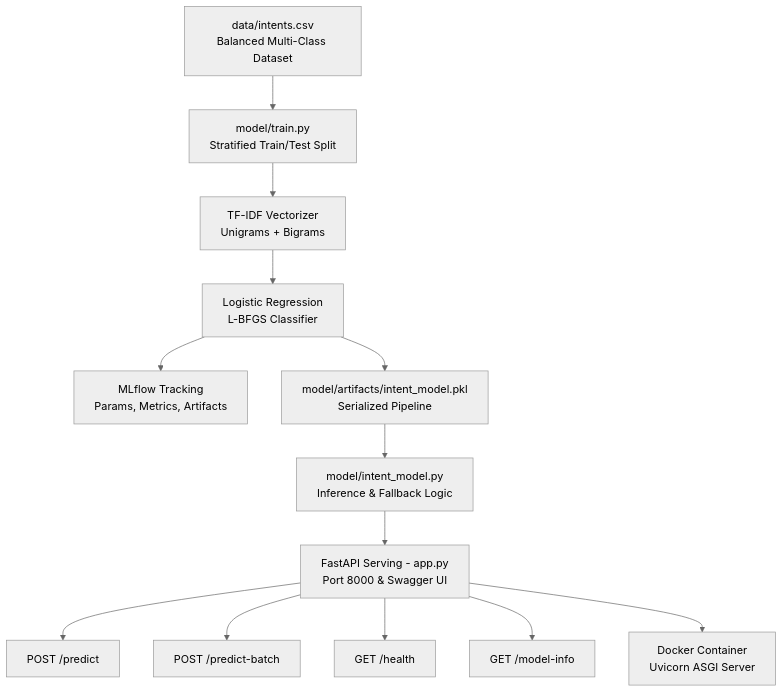
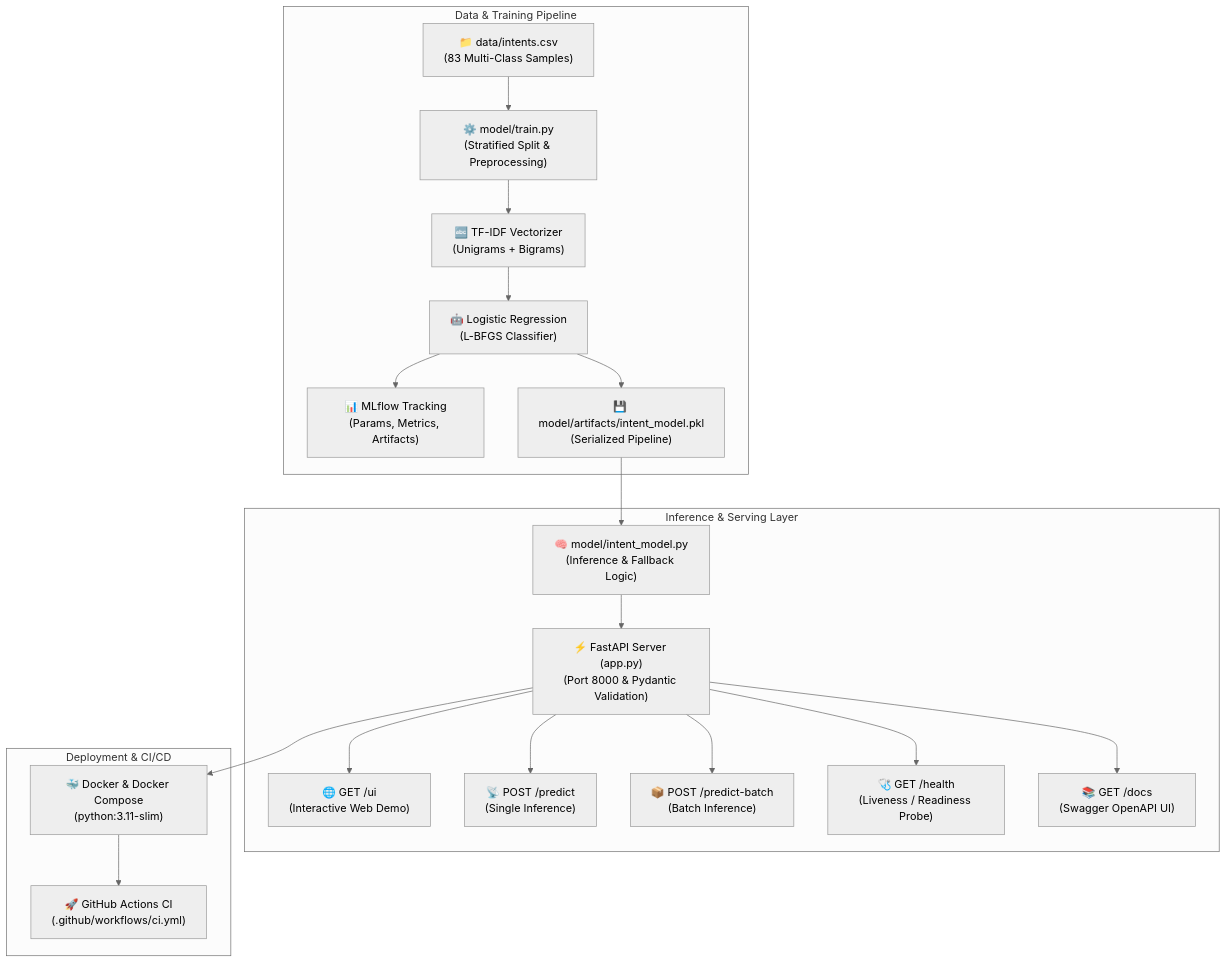
One commit to ManjunathGouda7/IntentFlow-MLOps changed the diagram in README.md. Above: the diagram before and after it, drawn with Mermaid (neutral theme). The commit also changed other lines of this file and 3 other files, not shown here.

Commit message:
docs & feat: add interactive web UI, GitHub Actions CI workflow, and enhance README

````diff
--- a/README.md
+++ b/README.md
@@ -13,15 +25,25 @@
 ```mermaid
 flowchart TD
-    A[data/intents.csv\nBalanced Multi-Class Dataset] --> B[model/train.py\nStratified Train/Test Split]
-    B --> C[TF-IDF Vectorizer\nUnigrams + Bigrams]
-    C --> D[Logistic Regression\nL-BFGS Classifier]
-    D --> E[MLflow Tracking\nParams, Metrics, Artifacts]
-    D --> F[model/artifacts/intent_model.pkl\nSerialized Pipeline]
-    F --> G[model/intent_model.py\nInference & Fallback Logic]
-    G --> H[FastAPI Serving - app.py\nPort 8000 & Swagger UI]
-    H --> I1[POST /predict]
-    H --> I2[POST /predict-batch]
-    H --> I3[GET /health]
-    H --> I4[GET /model-info]
-    H --> J[Docker Container\nUvicorn ASGI Server]
+    subgraph Data & Training Pipeline
+        A["📁 data/intents.csv<br/>(83 Multi-Class Samples)"] --> B["⚙️ model/train.py<br/>(Stratified Split & Preprocessing)"]
+        B --> C["🔤 TF-IDF Vectorizer<br/>(Unigrams + Bigrams)"]
+        C --> D["🤖 Logistic Regression<br/>(L-BFGS Classifier)"]
+        D --> E["📊 MLflow Tracking<br/>(Params, Metrics, Artifacts)"]
+        D --> F["💾 model/artifacts/intent_model.pkl<br/>(Serialized Pipeline)"]
+    end
+
+    subgraph Inference & Serving Layer
+        F --> G["🧠 model/intent_model.py<br/>(Inference & Fallback Logic)"]
+        G --> H["⚡ FastAPI Server (app.py)<br/>(Port 8000 & Pydantic Validation)"]
+        H --> I1["🌐 GET /ui<br/>(Interactive Web Demo)"]
+        H --> I2["📡 POST /predict<br/>(Single Inference)"]
+        H --> I3["📦 POST /predict-batch<br/>(Batch Inference)"]
+        H --> I4["🩺 GET /health<br/>(Liveness / Readiness Probe)"]
+        H --> I5["📚 GET /docs<br/>(Swagger OpenAPI UI)"]
+    end
+
+    subgraph Deployment & CI/CD
+        H --> J["🐳 Docker & Docker Compose<br/>(python:3.11-slim)"]
+        J --> K["🚀 GitHub Actions CI<br/>(.github/workflows/ci.yml)"]
+    end
 ```
````
